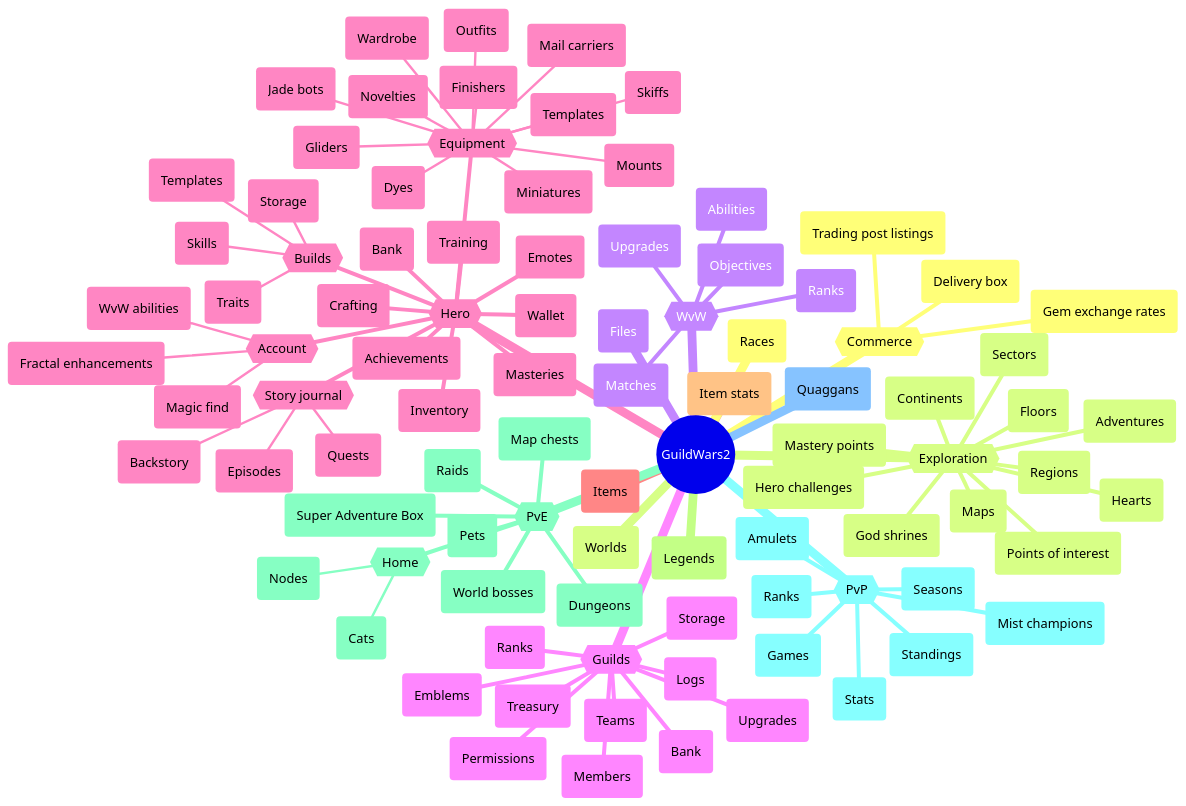
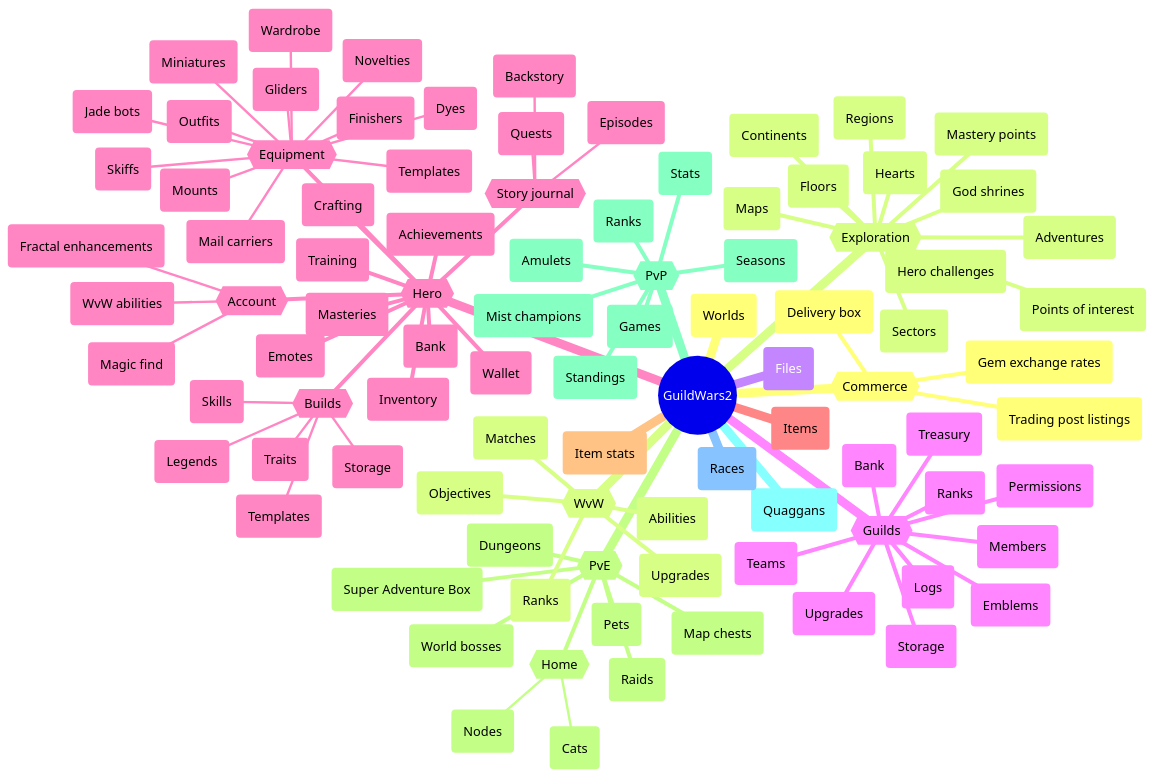
The diagram in wiki/features.md (sliekens/gw2sdk), drawn with Mermaid before and after one commit. The commit also changed 19 other files, not shown here.

```diff
--- a/wiki/features.md
+++ b/wiki/features.md
@@ -47,6 +47,7 @@
       {{Builds}}
         (Skills)
         (Traits)
+        (Legends)
         (Templates)
         (Storage)
       (Crafting)
@@ -74,7 +75,6 @@
       (Wallet)
     (Items)
     (Item stats)
-    (Legends)
     {{PvE}}
       (Dungeons)
       {{Home}}
```
